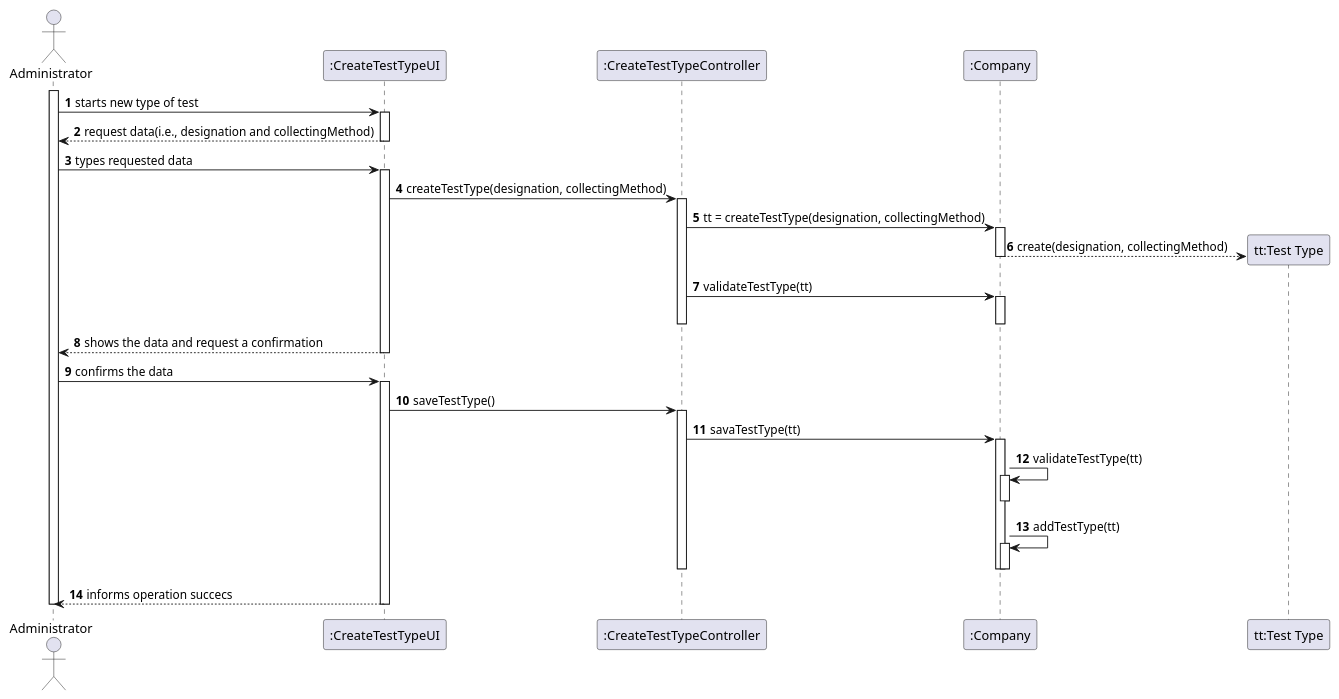
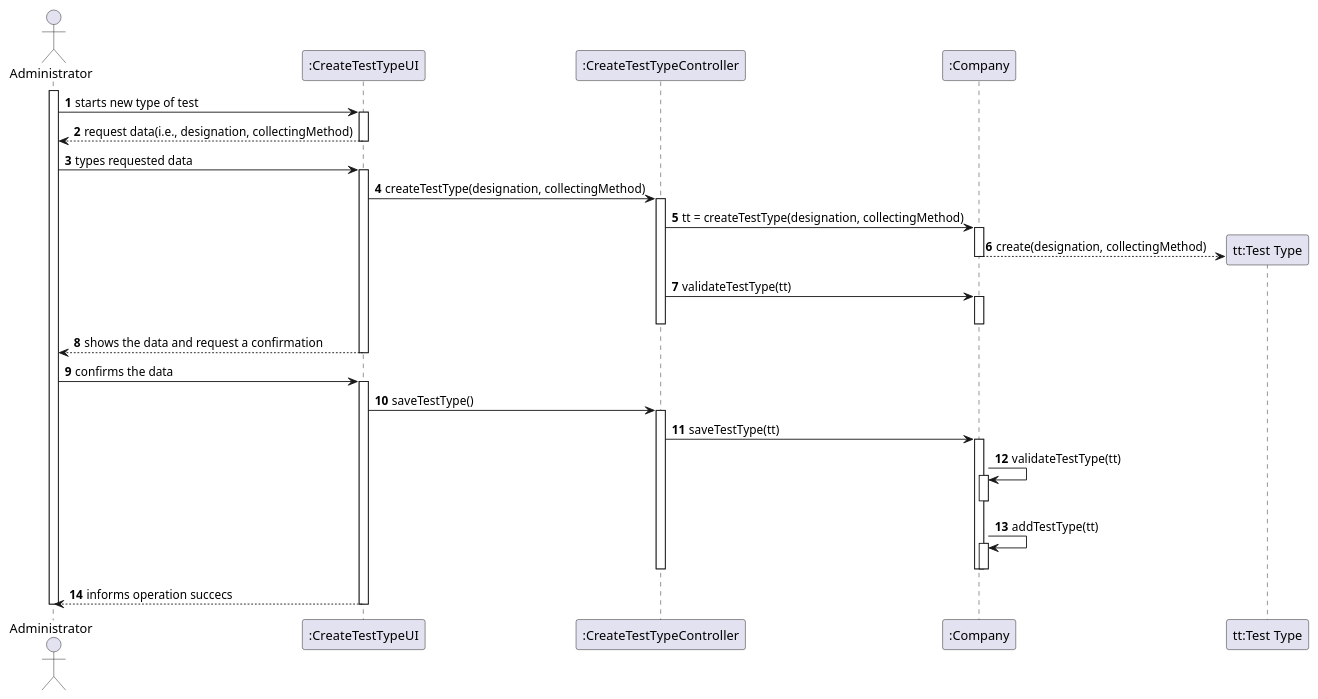
The diagram in docs/SprintB/US_9/UC9_SD.puml (RuiRioPina/LAPR2-20-21), drawn with PlantUML before and after one commit. The commit also changed 6 other files, not shown here.

Commit message:
almost finishing the UC9 uml

```diff
--- a/docs/SprintB/US_9/UC9_SD.puml
+++ b/docs/SprintB/US_9/UC9_SD.puml
@@ -1,47 +1,47 @@
 @startuml
 autonumber
 actor "Administrator" as ADMIN
 
 participant ":CreateTestTypeUI" as UI
 participant ":CreateTestTypeController" as CTRL
 participant ":Company" as CMP
 participant "tt:Test Type" as TET
 
 activate ADMIN
 ADMIN -> UI : starts new type of test
 activate UI
-UI --> ADMIN : request data(i.e., designation and collectingMethod)
+UI --> ADMIN : request data(i.e., designation, collectingMethod)
 deactivate UI
 
 ADMIN -> UI : types requested data
 activate UI
 UI -> CTRL: createTestType(designation, collectingMethod)
 activate CTRL
 CTRL -> CMP : tt = createTestType(designation, collectingMethod)
 activate CMP
 CMP --> TET** : create(designation, collectingMethod)
 deactivate CMP
 CTRL -> CMP : validateTestType(tt)
 activate CMP
 deactivate CMP
 deactivate CTRL
 UI --> ADMIN : shows the data and request a confirmation
 deactivate UI
 
 ADMIN -> UI : confirms the data
 activate UI
 UI -> CTRL : saveTestType()
 activate CTRL
-CTRL -> CMP : savaTestType(tt)
+CTRL -> CMP : saveTestType(tt)
 activate CMP
 CMP -> CMP++ : validateTestType(tt)
 CMP--
 CMP -> CMP++ : addTestType(tt)
 CMP--
 deactivate CMP
 deactivate CTRL
 UI --> ADMIN : informs operation succecs
 deactivate UI
 
 deactivate ADMIN
 @enduml
```
